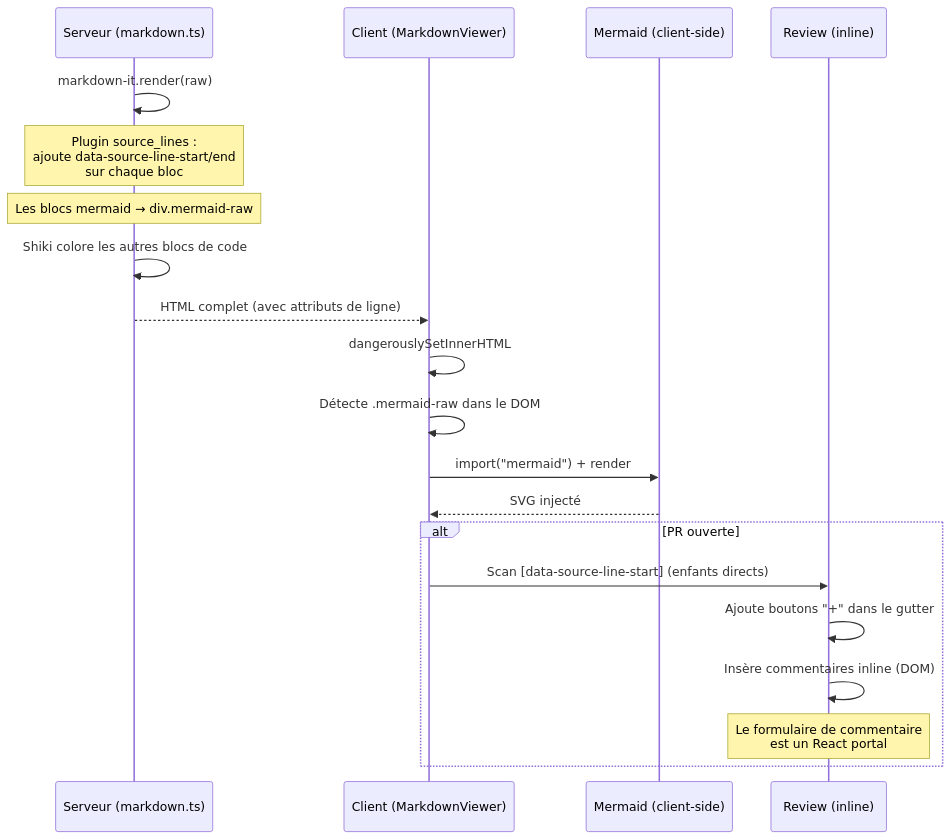
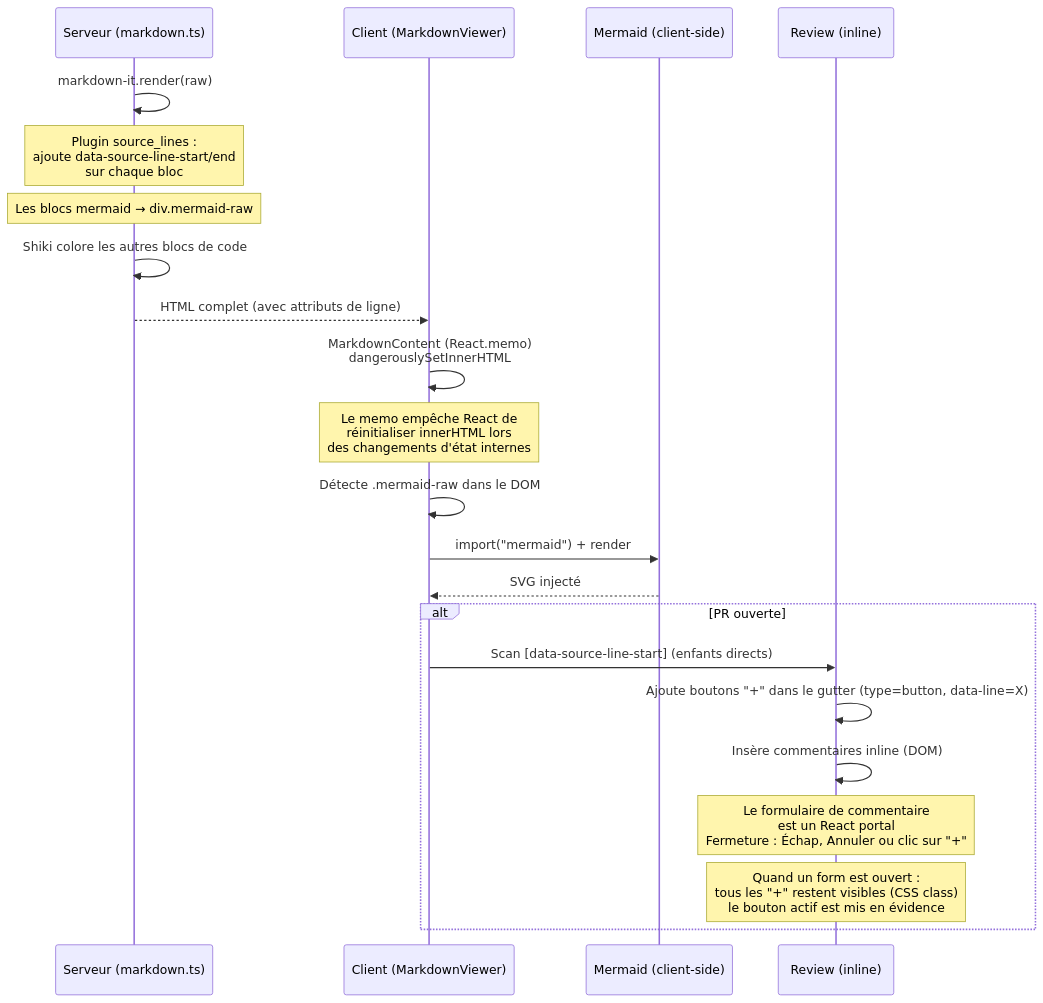
One commit to francois76/docsHub changed the sixth of 7 diagrams in docs/architecture.md. Above: the diagram before and after it, drawn with Mermaid. The commit also changed other lines of this file and 2 other files, not shown here.

````diff
--- a/docs/architecture.md
+++ b/docs/architecture.md
@@ -174,25 +175,27 @@
 ```mermaid
 sequenceDiagram
     participant Server as Serveur (markdown.ts)
     participant Client as Client (MarkdownViewer)
     participant Mermaid as Mermaid (client-side)
     participant Review as Review (inline)
 
     Server->>Server: markdown-it.render(raw)
     Note over Server: Plugin source_lines :<br/>ajoute data-source-line-start/end<br/>sur chaque bloc
     Note over Server: Les blocs mermaid → div.mermaid-raw
     Server->>Server: Shiki colore les autres blocs de code
     Server-->>Client: HTML complet (avec attributs de ligne)
 
-    Client->>Client: dangerouslySetInnerHTML
+    Client->>Client: MarkdownContent (React.memo)<br/>dangerouslySetInnerHTML
+    Note over Client: Le memo empêche React de<br/>réinitialiser innerHTML lors<br/>des changements d'état internes
     Client->>Client: Détecte .mermaid-raw dans le DOM
     Client->>Mermaid: import("mermaid") + render
     Mermaid-->>Client: SVG injecté
 
     alt PR ouverte
         Client->>Review: Scan [data-source-line-start] (enfants directs)
-        Review->>Review: Ajoute boutons "+" dans le gutter
+        Review->>Review: Ajoute boutons "+" dans le gutter (type=button, data-line=X)
         Review->>Review: Insère commentaires inline (DOM)
-        Note over Review: Le formulaire de commentaire<br/>est un React portal
+        Note over Review: Le formulaire de commentaire<br/>est un React portal<br/>Fermeture : Échap, Annuler ou clic sur "+"
+        Note over Review: Quand un form est ouvert :<br/>tous les "+" restent visibles (CSS class)<br/>le bouton actif est mis en évidence
     end
 ```
````
